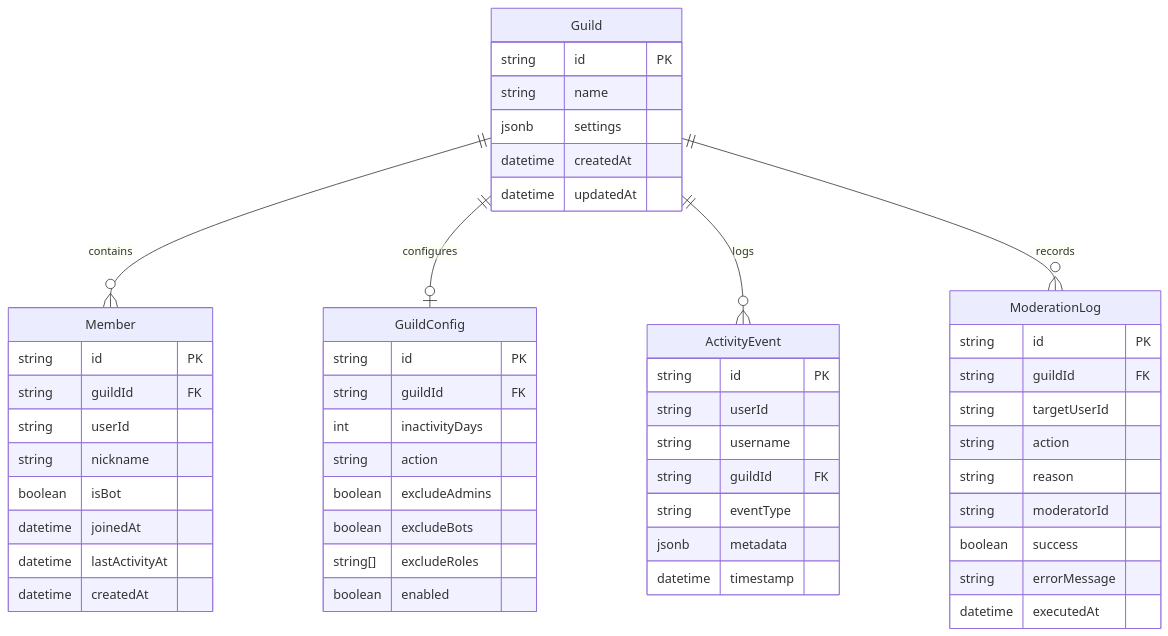
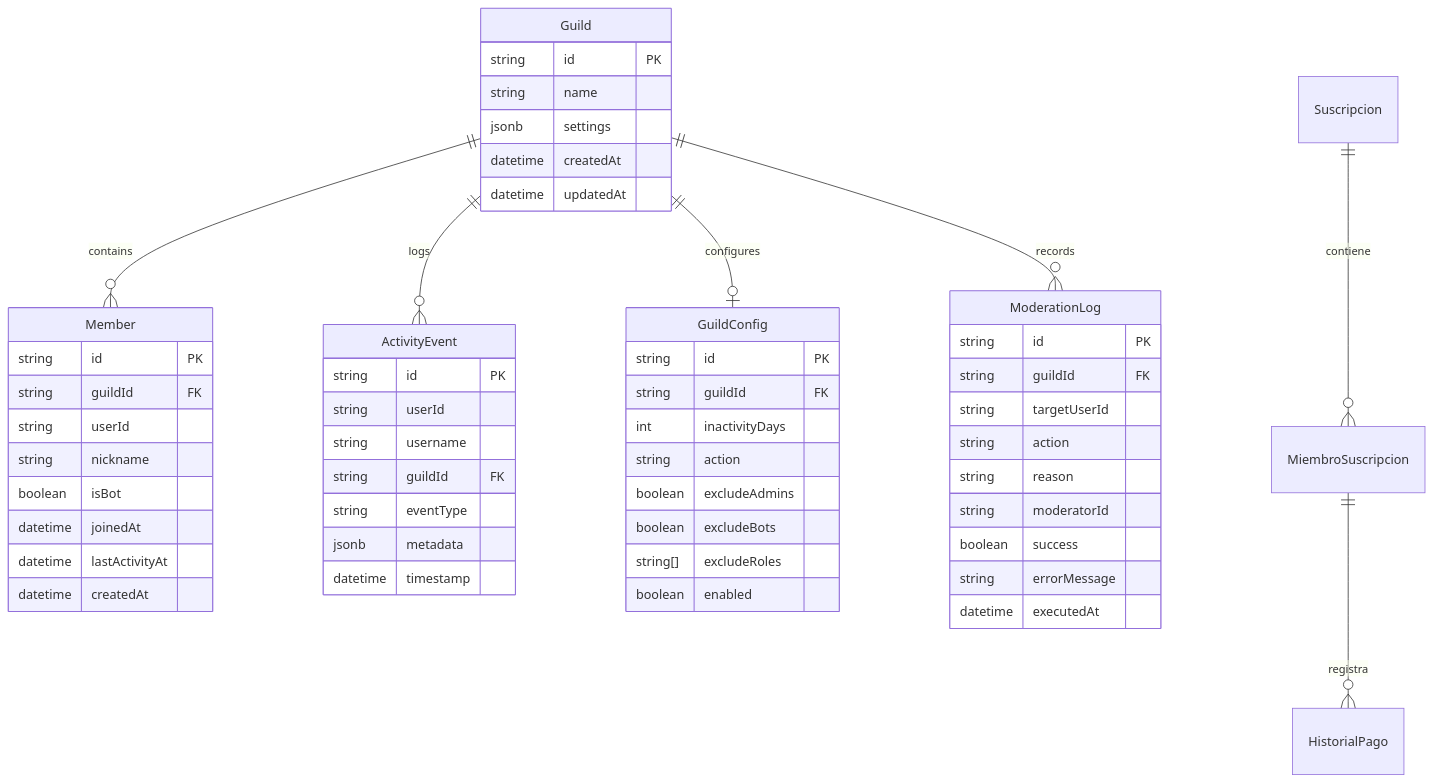
The second of 2 diagrams in Matias_Rodriguez/00-analisis-estructura/Arquitectura Bot Discord.md (Rest02/bot_discord), drawn with Mermaid before and after one commit. The commit also changed other lines of this file and 14 other files, not shown here.

````diff
--- a/Matias_Rodriguez/00-analisis-estructura/Arquitectura Bot Discord.md
+++ b/Matias_Rodriguez/00-analisis-estructura/Arquitectura Bot Discord.md
@@ -116,59 +130,62 @@
 ```mermaid
 erDiagram
     Guild {
         string id PK
         string name
         jsonb settings
         datetime createdAt
         datetime updatedAt
     }
 
     Member {
         string id PK
         string guildId FK
         string userId
         string nickname
         boolean isBot
         datetime joinedAt
         datetime lastActivityAt
         datetime createdAt
     }
 
     ActivityEvent {
         string id PK
         string userId
         string username
         string guildId FK
         string eventType
         jsonb metadata
         datetime timestamp
     }
 
     GuildConfig {
         string id PK
         string guildId FK
         int inactivityDays
         string action
         boolean excludeAdmins
         boolean excludeBots
         string[] excludeRoles
         boolean enabled
     }
 
     ModerationLog {
         string id PK
         string guildId FK
         string targetUserId
         string action
         string reason
         string moderatorId
         boolean success
         string errorMessage
         datetime executedAt
     }
 
     Guild ||--o{ Member : contains
     Guild ||--o| GuildConfig : configures
     Guild ||--o{ ActivityEvent : logs
     Guild ||--o{ ModerationLog : records
+
+    Suscripcion ||--o{ MiembroSuscripcion : contiene
+    MiembroSuscripcion ||--o{ HistorialPago : registra
 ```
````
